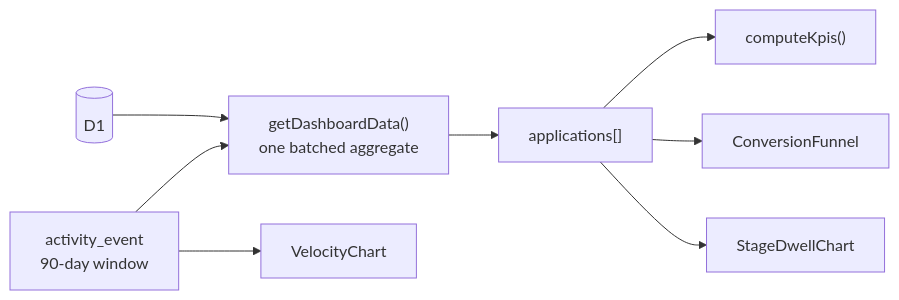
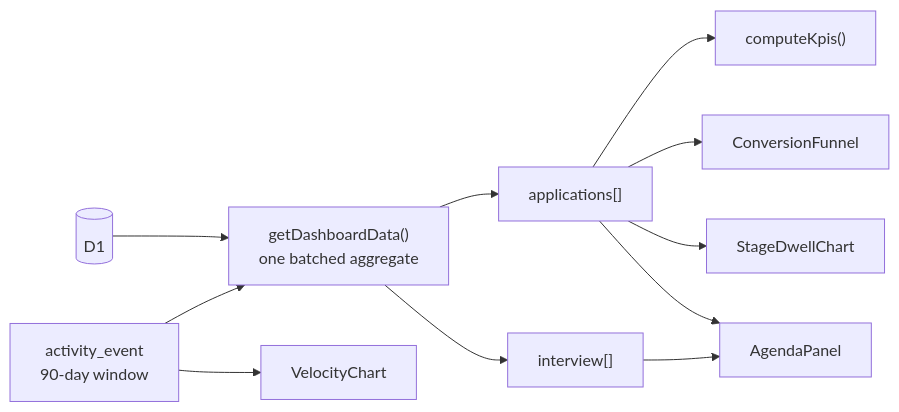
One commit to c0k0n/job-tracker changed the first of 5 diagrams in docs/analytics.md. Above: the diagram before and after it, drawn with Mermaid. The commit also changed other lines of this file and 28 other files, not shown here.

````diff
--- a/docs/analytics.md
+++ b/docs/analytics.md
@@ -6,10 +6,13 @@
 ```mermaid
 flowchart LR
     D[("D1")] --> Q["getDashboardData()<br/>one batched aggregate"]
     Q --> A["applications[]"]
     A --> K["computeKpis()"]
     A --> F["ConversionFunnel"]
     A --> S["StageDwellChart"]
+    A --> AG["AgendaPanel"]
+    Q --> I["interview[]"]
+    I --> AG
     E["activity_event<br/>90-day window"] --> Q
     E --> V["VelocityChart"]
 ```
````
